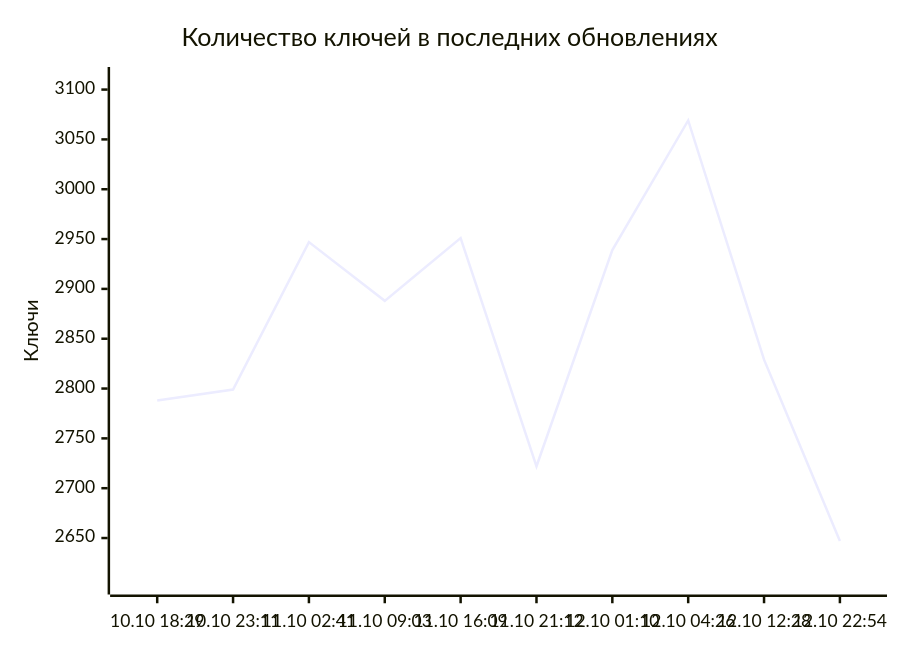
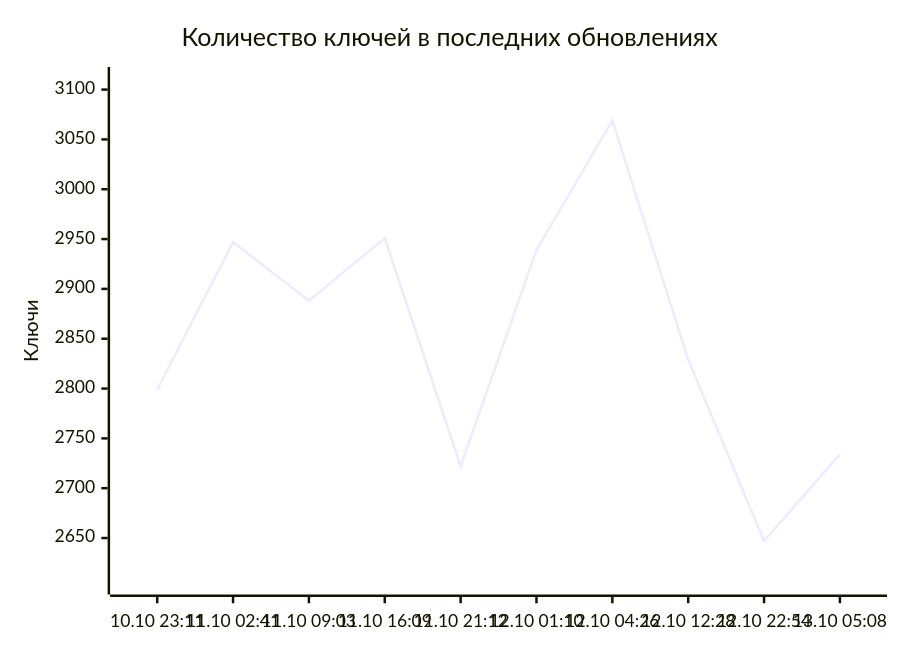
Before and after one commit to markKikhtenko/WireVeil: the diagram in README.md, drawn with Mermaid. The commit also changed other lines of this file and 13 other files, not shown here.

````diff
--- a/README.md
+++ b/README.md
@@ -55,7 +55,7 @@
 ```mermaid
 xychart-beta
     title "Количество ключей в последних обновлениях"
-    x-axis ["10.10 18:29", "10.10 23:11", "11.10 02:41", "11.10 09:03", "11.10 16:09", "11.10 21:12", "12.10 01:10", "12.10 04:26", "12.10 12:28", "12.10 22:54"]
+    x-axis ["10.10 23:11", "11.10 02:41", "11.10 09:03", "11.10 16:09", "11.10 21:12", "12.10 01:10", "12.10 04:26", "12.10 12:28", "12.10 22:54", "13.10 05:08"]
     y-axis "Ключи" 2604 --> 3112
-    line [2788, 2799, 2947, 2888, 2951, 2722, 2939, 3069, 2829, 2647]
+    line [2799, 2947, 2888, 2951, 2722, 2939, 3069, 2829, 2647, 2734]
 ```
````
